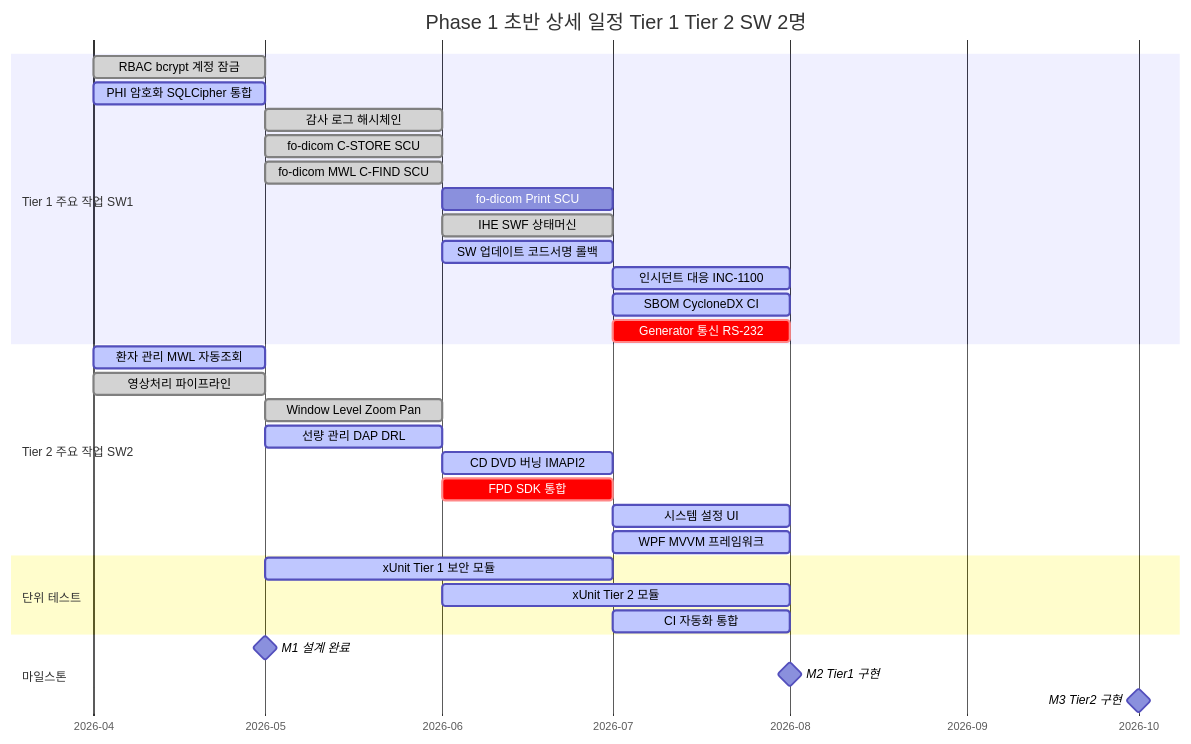
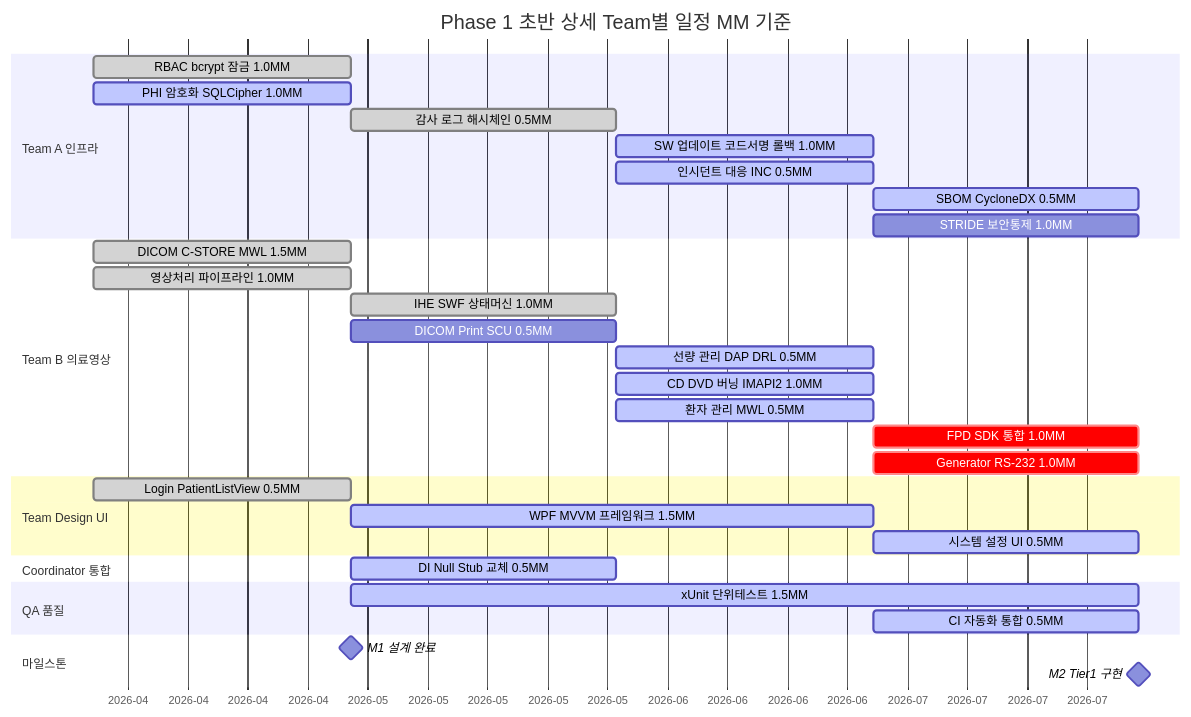
One commit to holee9/console-gui changed the fifth of 6 diagrams in docs/management/WBS-001_WBS_v2.0.md. Above: the diagram before and after it, drawn with Mermaid. The commit also changed other lines of this file, not shown here.

First line of the commit message:
feat(wbs): v3.0 — Gantt Team 단위 재작성 + MM 배분 + 색상 범례

````diff
--- a/docs/management/WBS-001_WBS_v2.0.md
+++ b/docs/management/WBS-001_WBS_v2.0.md
@@ -308,39 +342,42 @@
 ```mermaid
 gantt
-    title Phase 1 초반 상세 일정 Tier 1 Tier 2 SW 2명
+    title Phase 1 초반 상세 Team별 일정 MM 기준
     dateFormat  YYYY-MM
     axisFormat  %Y-%m
 
-    section Tier 1 주요 작업 SW1
-    RBAC bcrypt 계정 잠금     :done, t1a, 2026-04, 1M
-    PHI 암호화 SQLCipher 통합 :active, t1b, 2026-04, 1M
-    감사 로그 해시체인        :done, t1c, 2026-05, 1M
-    fo-dicom C-STORE SCU      :done, t1d, 2026-05, 1M
-    fo-dicom MWL C-FIND SCU   :done, t1e, 2026-05, 1M
-    fo-dicom Print SCU        :t1f, 2026-06, 1M
-    IHE SWF 상태머신          :done, t1g, 2026-06, 1M
-    SW 업데이트 코드서명 롤백 :active, t1h, 2026-06, 1M
-    인시던트 대응 INC-1100    :active, t1i, 2026-07, 1M
-    SBOM CycloneDX CI         :active, t1j, 2026-07, 1M
-    Generator 통신 RS-232     :crit, t1k, 2026-07, 1M
+    section Team A 인프라
+    RBAC bcrypt 잠금 1.0MM         :done, a1, 2026-04, 1M
+    PHI 암호화 SQLCipher 1.0MM     :active, a2, 2026-04, 1M
+    감사 로그 해시체인 0.5MM       :done, a3, 2026-05, 1M
+    SW 업데이트 코드서명 롤백 1.0MM :active, a4, 2026-06, 1M
+    인시던트 대응 INC 0.5MM        :active, a5, 2026-06, 1M
+    SBOM CycloneDX 0.5MM           :active, a6, 2026-07, 1M
+    STRIDE 보안통제 1.0MM          :a7, 2026-07, 1M
 
-    section Tier 2 주요 작업 SW2
-    환자 관리 MWL 자동조회    :active, t2a, 2026-04, 1M
-    영상처리 파이프라인       :done, t2b, 2026-04, 1M
-    Window Level Zoom Pan     :done, t2c, 2026-05, 1M
-    선량 관리 DAP DRL         :active, t2d, 2026-05, 1M
-    CD DVD 버닝 IMAPI2        :active, t2e, 2026-06, 1M
-    FPD SDK 통합              :crit, t2f, 2026-06, 1M
-    시스템 설정 UI            :active, t2g, 2026-07, 1M
-    WPF MVVM 프레임워크       :active, t2h, 2026-07, 1M
+    section Team B 의료영상
+    DICOM C-STORE MWL 1.5MM        :done, b1, 2026-04, 1M
+    영상처리 파이프라인 1.0MM      :done, b2, 2026-04, 1M
+    IHE SWF 상태머신 1.0MM         :done, b3, 2026-05, 1M
+    DICOM Print SCU 0.5MM          :b4, 2026-05, 1M
+    선량 관리 DAP DRL 0.5MM        :active, b5, 2026-06, 1M
+    CD DVD 버닝 IMAPI2 1.0MM       :active, b6, 2026-06, 1M
+    환자 관리 MWL 0.5MM            :active, b7, 2026-06, 1M
+    FPD SDK 통합 1.0MM             :crit, b8, 2026-07, 1M
+    Generator RS-232 1.0MM         :crit, b9, 2026-07, 1M
 
-    section 단위 테스트
-    xUnit Tier 1 보안 모듈    :active, ut1, 2026-05, 2M
-    xUnit Tier 2 모듈         :active, ut2, 2026-06, 2M
-    CI 자동화 통합            :active, ut3, 2026-07, 1M
+    section Team Design UI
+    Login PatientListView 0.5MM    :done, d1, 2026-04, 1M
+    WPF MVVM 프레임워크 1.5MM      :active, d2, 2026-05, 2M
+    시스템 설정 UI 0.5MM            :active, d3, 2026-07, 1M
+
+    section Coordinator 통합
+    DI Null Stub 교체 0.5MM         :active, c1, 2026-05, 1M
+
+    section QA 품질
+    xUnit 단위테스트 1.5MM          :active, q1, 2026-05, 3M
+    CI 자동화 통합 0.5MM            :active, q2, 2026-07, 1M
 
     section 마일스톤
-    M1 설계 완료              :milestone, m1, 2026-05, 0d
-    M2 Tier1 구현             :milestone, m2, 2026-08, 0d
-    M3 Tier2 구현             :milestone, m3, 2026-10, 0d
+    M1 설계 완료                    :milestone, m1, 2026-05, 0d
+    M2 Tier1 구현                   :milestone, m2, 2026-08, 0d
 ```
````
